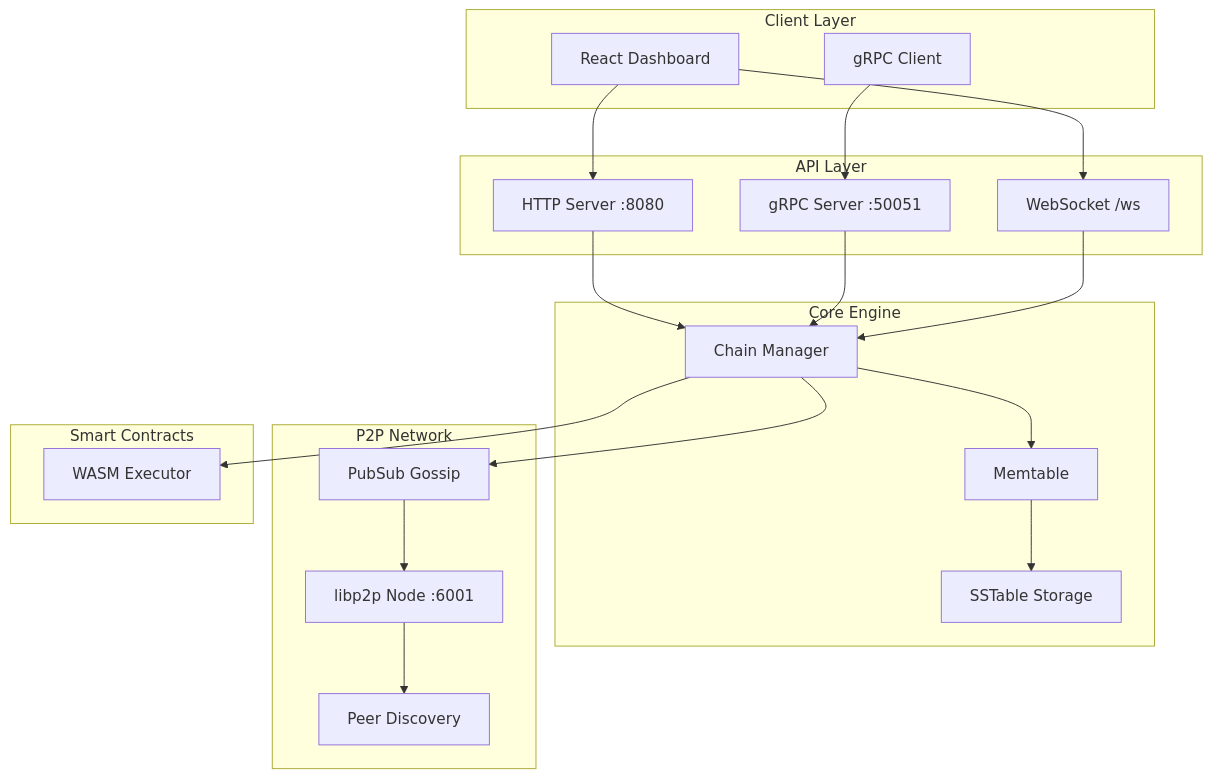
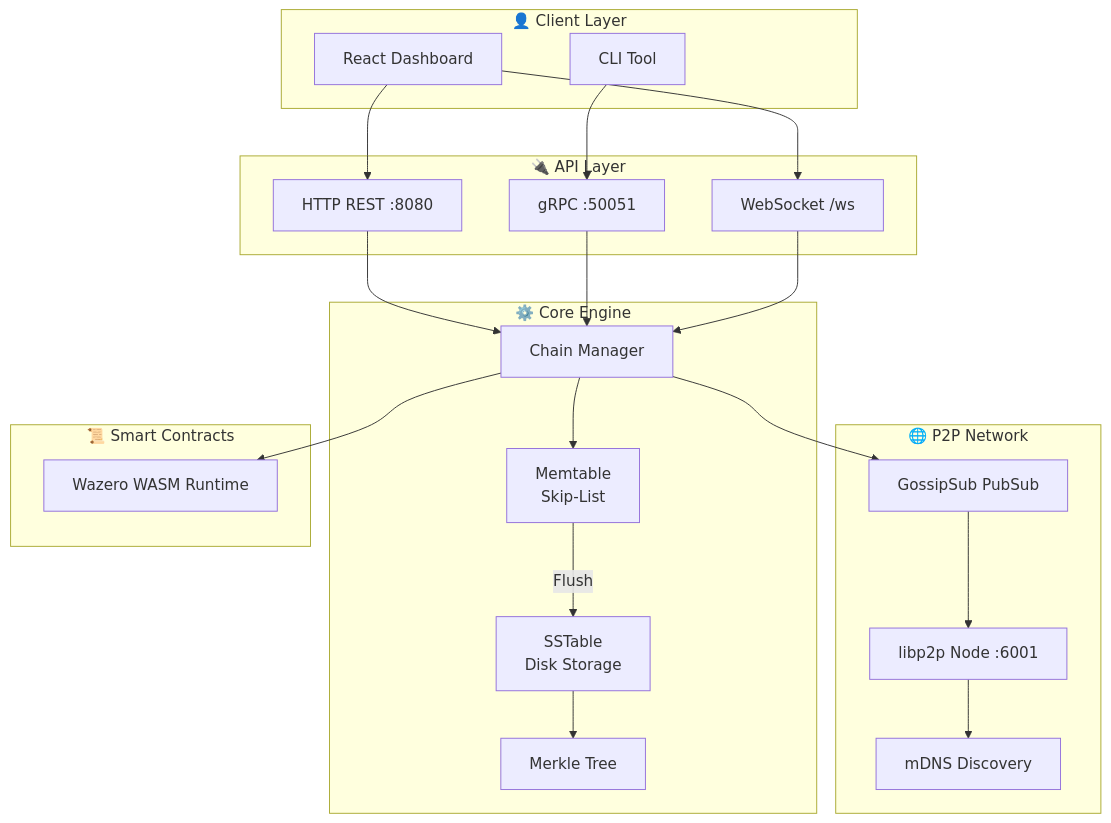
The diagram in README.md (JullMol/aether-chain), drawn with Mermaid before and after one commit. The commit also changed other lines of this file, not shown here.

Commit message:
Update README with new features and API endpoints

````diff
--- a/README.md
+++ b/README.md
@@ -7,45 +21,47 @@
 ```mermaid
 graph TB
-    subgraph Client Layer
+    subgraph "👤 Client Layer"
         Dashboard[React Dashboard]
-        GRPC[gRPC Client]
+        CLI[CLI Tool]
     end
 
-    subgraph API Layer
-        HTTP[HTTP Server :8080]
+    subgraph "🔌 API Layer"
+        HTTP[HTTP REST :8080]
         WS[WebSocket /ws]
-        GRPCS[gRPC Server :50051]
+        GRPC[gRPC :50051]
     end
 
-    subgraph Core Engine
+    subgraph "⚙️ Core Engine"
         CM[Chain Manager]
-        MT[Memtable]
-        SST[SSTable Storage]
+        MT[Memtable<br/>Skip-List]
+        SST[SSTable<br/>Disk Storage]
+        MK[Merkle Tree]
     end
 
-    subgraph P2P Network
+    subgraph "🌐 P2P Network"
         Node[libp2p Node :6001]
-        Gossip[PubSub Gossip]
-        Discovery[Peer Discovery]
+        Gossip[GossipSub PubSub]
+        MDNS[mDNS Discovery]
     end
 
-    subgraph Smart Contracts
-        VM[WASM Executor]
+    subgraph "📜 Smart Contracts"
+        VM[Wazero WASM Runtime]
     end
 
     Dashboard --> HTTP
     Dashboard --> WS
-    GRPC --> GRPCS
+    CLI --> GRPC
 
     HTTP --> CM
-    GRPCS --> CM
+    GRPC --> CM
     WS --> CM
 
     CM --> MT
-    MT --> SST
+    MT -->|Flush| SST
+    SST --> MK
     CM --> VM
 
     CM --> Gossip
-    Node --> Discovery
+    Node --> MDNS
     Gossip --> Node
 ```
````
